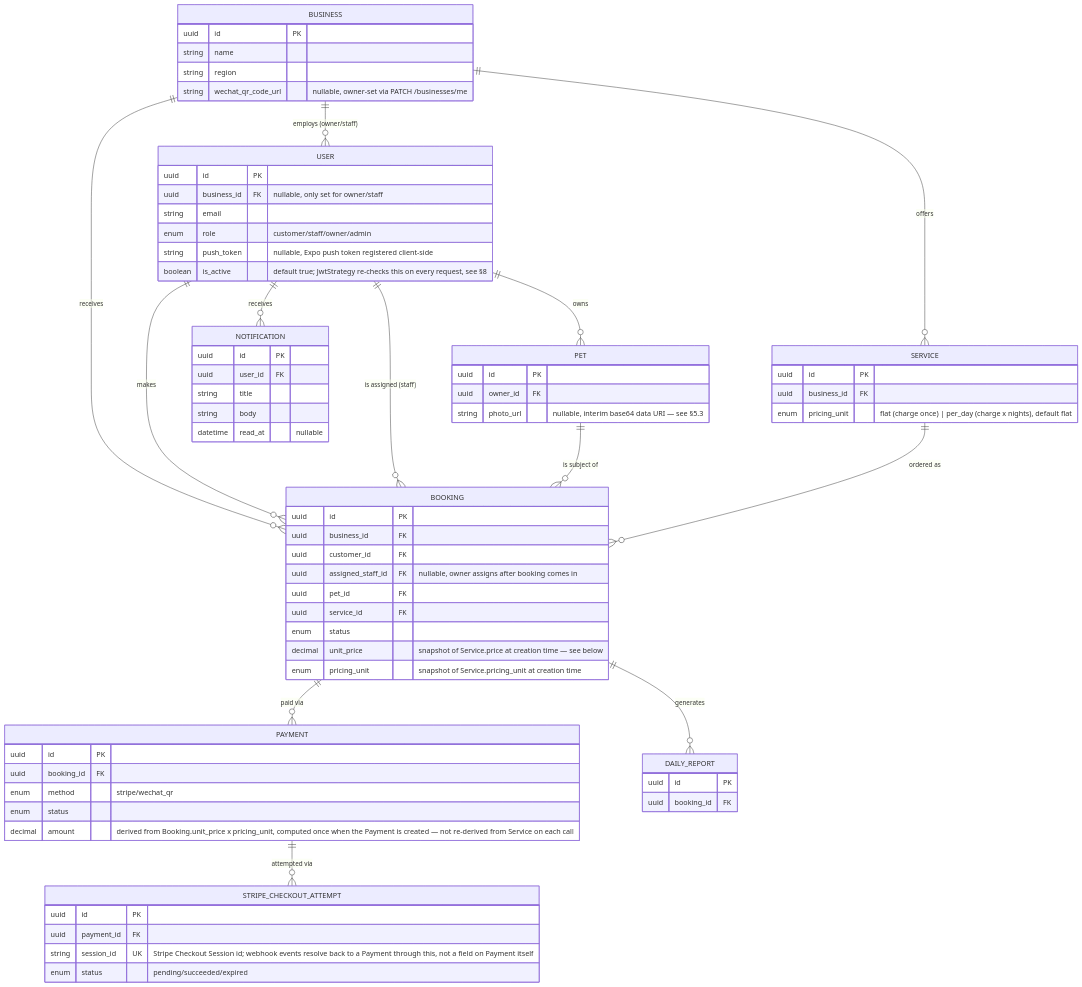
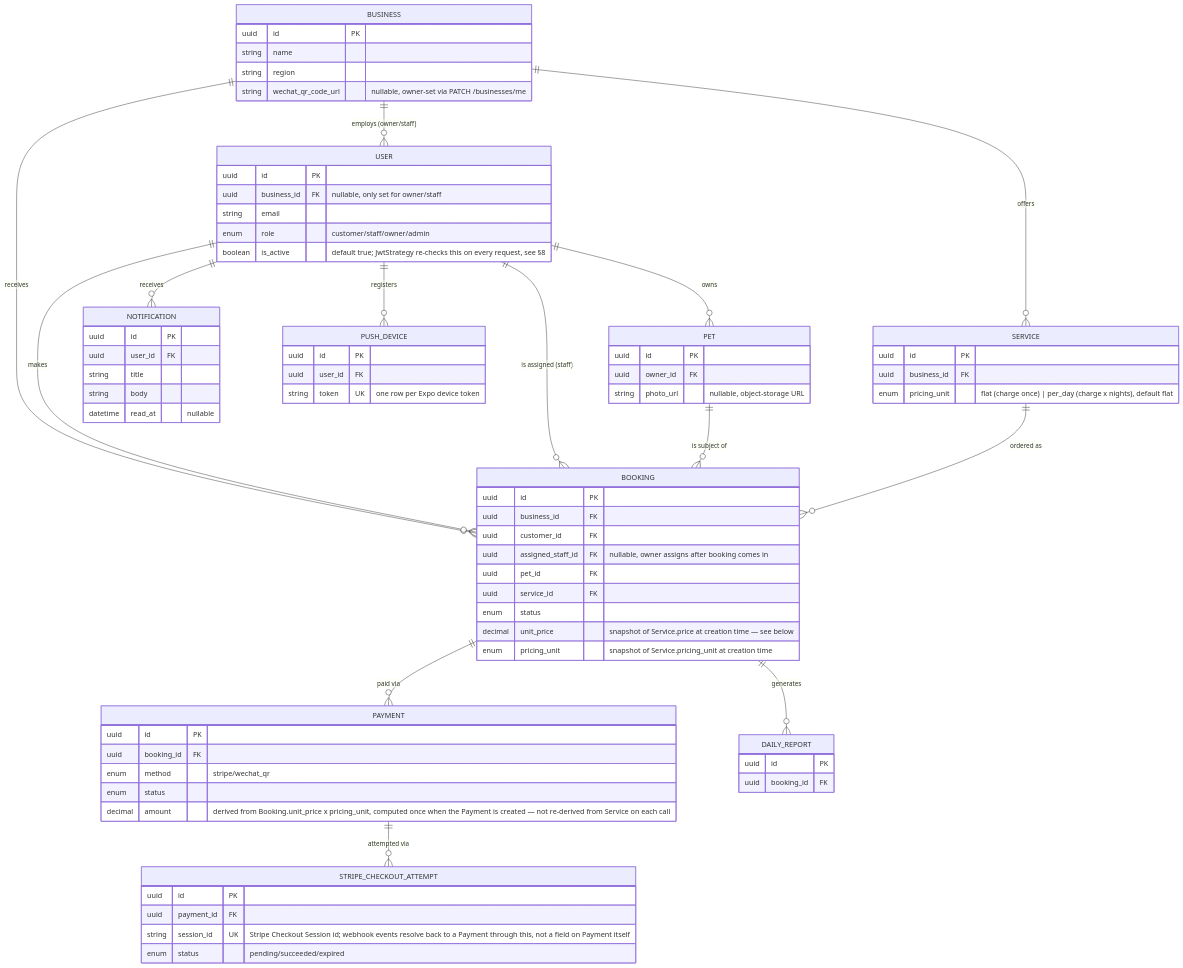
Before and after one commit to xiyunliu610/yt-paws-platform: the second of 7 diagrams in docs/03_System_Architecture.md, drawn with Mermaid. The commit also changed other lines of this file and 34 other files, not shown here.

````diff
--- a/docs/03_System_Architecture.md
+++ b/docs/03_System_Architecture.md
@@ -154,75 +154,80 @@
 ```mermaid
 erDiagram
     BUSINESS ||--o{ USER : "employs (owner/staff)"
     BUSINESS ||--o{ SERVICE : offers
     BUSINESS ||--o{ BOOKING : receives
     USER ||--o{ PET : owns
     USER ||--o{ BOOKING : makes
     USER ||--o{ BOOKING : "is assigned (staff)"
     USER ||--o{ NOTIFICATION : receives
+    USER ||--o{ PUSH_DEVICE : registers
     PET ||--o{ BOOKING : "is subject of"
     SERVICE ||--o{ BOOKING : "ordered as"
     BOOKING ||--o{ PAYMENT : "paid via"
     BOOKING ||--o{ DAILY_REPORT : "generates"
     PAYMENT ||--o{ STRIPE_CHECKOUT_ATTEMPT : "attempted via"
 
     BUSINESS {
         uuid id PK
         string name
         string region
         string wechat_qr_code_url "nullable, owner-set via PATCH /businesses/me"
     }
     USER {
         uuid id PK
         uuid business_id FK "nullable, only set for owner/staff"
         string email
         enum role "customer/staff/owner/admin"
-        string push_token "nullable, Expo push token registered client-side"
         boolean is_active "default true; JwtStrategy re-checks this on every request, see §8"
+    }
+    PUSH_DEVICE {
+        uuid id PK
+        uuid user_id FK
+        string token UK "one row per Expo device token"
     }
     PET {
         uuid id PK
         uuid owner_id FK
-        string photo_url "nullable, interim base64 data URI — see §5.3"
+        string photo_url "nullable, object-storage URL"
     }
     SERVICE {
         uuid id PK
         uuid business_id FK
         enum pricing_unit "flat (charge once) | per_day (charge x nights), default flat"
     }
     BOOKING {
         uuid id PK
         uuid business_id FK
         uuid customer_id FK
         uuid assigned_staff_id FK "nullable, owner assigns after booking comes in"
         uuid pet_id FK
         uuid service_id FK
         enum status
         decimal unit_price "snapshot of Service.price at creation time — see below"
         enum pricing_unit "snapshot of Service.pricing_unit at creation time"
     }
     PAYMENT {
         uuid id PK
         uuid booking_id FK
         enum method "stripe/wechat_qr"
         enum status
         decimal amount "derived from Booking.unit_price x pricing_unit, computed once when the Payment is created — not re-derived from Service on each call"
     }
     STRIPE_CHECKOUT_ATTEMPT {
         uuid id PK
         uuid payment_id FK
         string session_id UK "Stripe Checkout Session id; webhook events resolve back to a Payment through this, not a field on Payment itself"
         enum status "pending/succeeded/expired"
     }
     DAILY_REPORT {
         uuid id PK
         uuid booking_id FK
     }
     NOTIFICATION {
         uuid id PK
         uuid user_id FK
         string title
         string body
         datetime read_at "nullable"
     }
 ```
````
